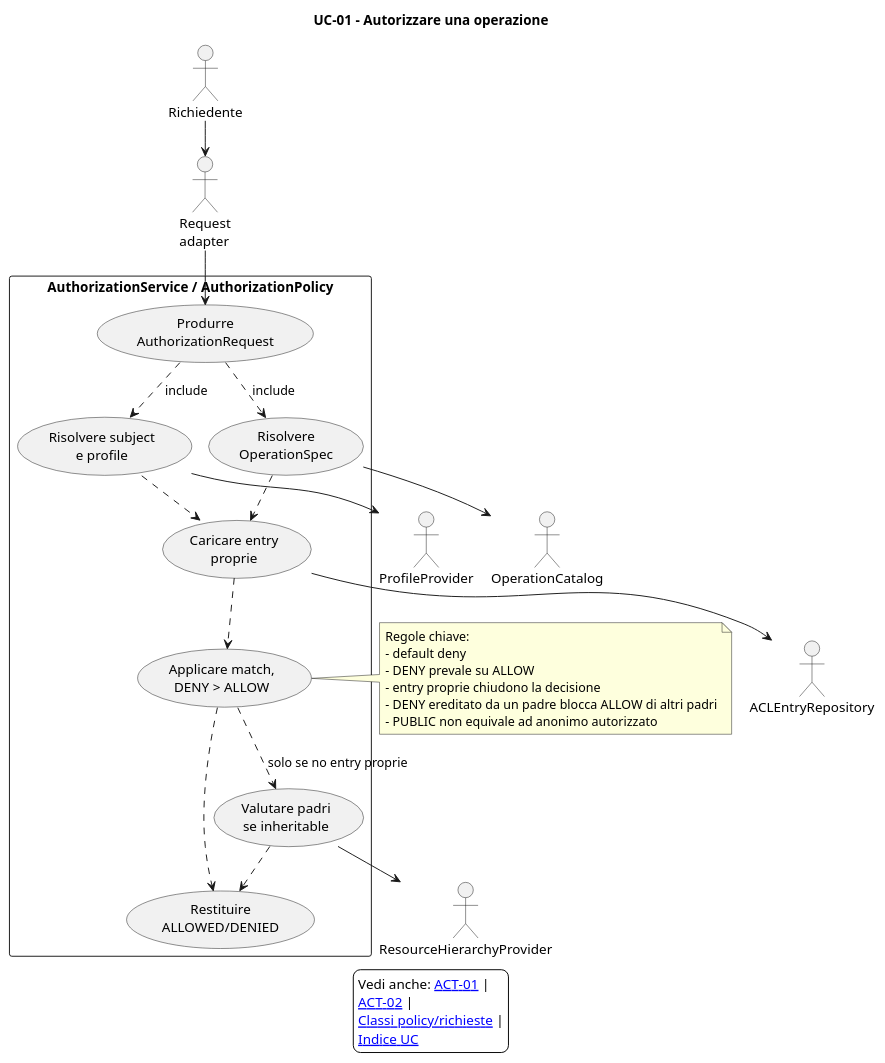
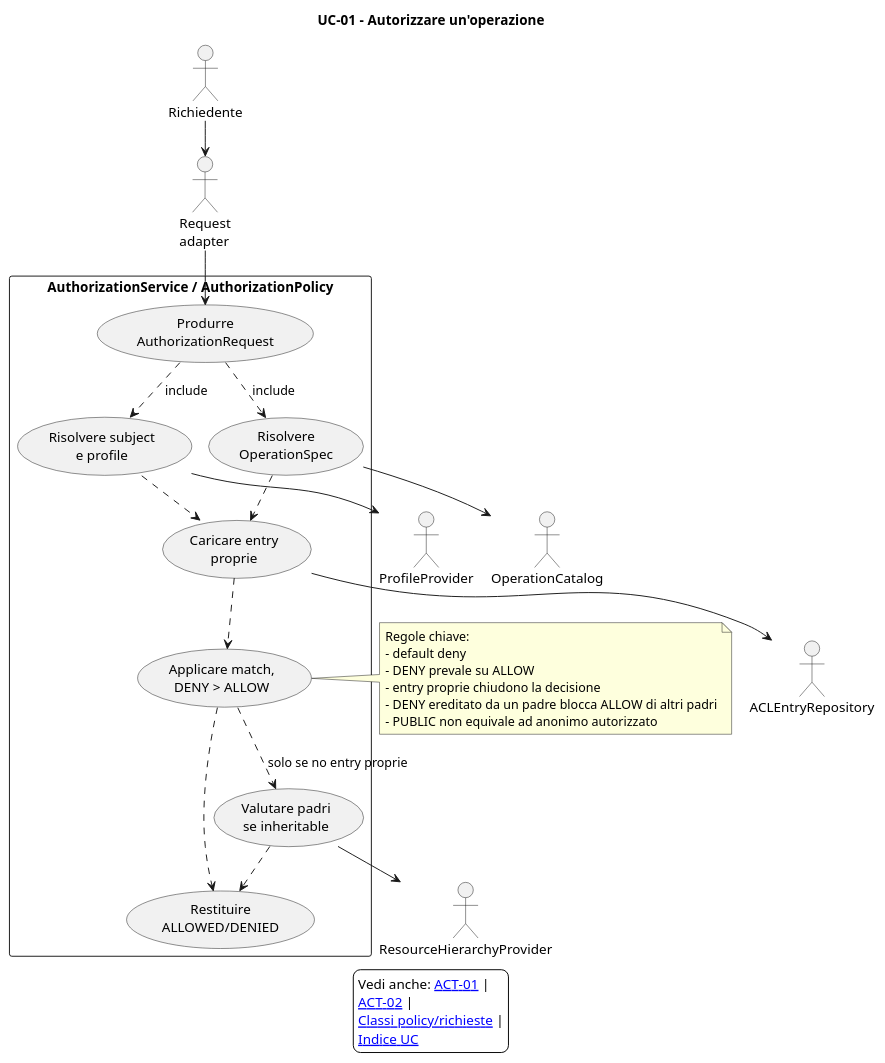
One commit to antlampas/ACL changed the diagram in design/use case/01_autorizzare_operazione.puml. Above: the diagram before and after it, drawn with PlantUML. The commit also changed 38 other files, not shown here.

Commit message:
docs: corretti testi e diagrammi UML

```diff
--- a/design/use case/01_autorizzare_operazione.puml
+++ b/design/use case/01_autorizzare_operazione.puml
@@ -1,62 +1,62 @@
 @startuml 01_autorizzare_operazione
 ' Title: Sistema ACL - 01_autorizzare_operazione
 ' Author/Licensor: Francesco
 ' Source: this repository
 ' License: Creative Commons Attribution-ShareAlike 4.0 International
 ' License URL: https://creativecommons.org/licenses/by-sa/4.0/
 ' SPDX-License-Identifier: CC-BY-SA-4.0
 !pragma layout smetana
 skinparam backgroundColor white
 skinparam nodesep 80
 skinparam ranksep 80
-title UC-01 - Autorizzare una operazione
+title UC-01 - Autorizzare un'operazione
 skinparam shadowing false
 
 actor "Richiedente" as Richiedente
 actor "Request\nadapter" as Adapter
 actor "ProfileProvider" as ProfileProvider
 actor "OperationCatalog" as OperationCatalog
 actor "ResourceHierarchyProvider" as Hierarchy
 actor "ACLEntryRepository" as Repo
 
 rectangle "AuthorizationService / AuthorizationPolicy" {
   usecase "Produrre\nAuthorizationRequest" as UCMappa
   usecase "Risolvere subject\ne profile" as UCProfile
   usecase "Risolvere\nOperationSpec" as UCSpec
   usecase "Caricare entry\nproprie" as UCEntry
   usecase "Applicare match,\nDENY > ALLOW" as UCMatch
   usecase "Valutare padri\nse inheritable" as UCParents
   usecase "Restituire\nALLOWED/DENIED" as UCDecision
 }
 
 Richiedente --> Adapter
 Adapter --> UCMappa
 UCMappa ..> UCProfile : include
 UCMappa ..> UCSpec : include
 UCProfile --> ProfileProvider
 UCSpec --> OperationCatalog
 UCEntry --> Repo
 UCParents --> Hierarchy
 UCProfile ..> UCEntry
 UCSpec ..> UCEntry
 UCEntry ..> UCMatch
 UCMatch ..> UCParents : solo se no entry proprie
 UCMatch ..> UCDecision
 UCParents ..> UCDecision
 
 note right of UCMatch
   Regole chiave:
   - default deny
   - DENY prevale su ALLOW
   - entry proprie chiudono la decisione
   - DENY ereditato da un padre blocca ALLOW di altri padri
   - PUBLIC non equivale ad anonimo autorizzato
 end note
 
 legend
   Vedi anche: [[../attivit%C3%A0/01_valutazione_is_allowed.puml ACT-01]] |
   [[../attivit%C3%A0/02_match_entry.puml ACT-02]] |
   [[../classi/05_policy_services_ports.puml Classi policy/richieste]] |
   [[00_mappa_use_case.puml Indice UC]]
 endlegend
 @enduml
```
